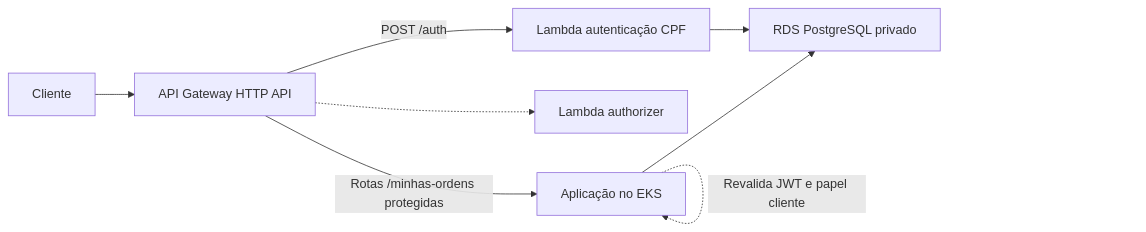
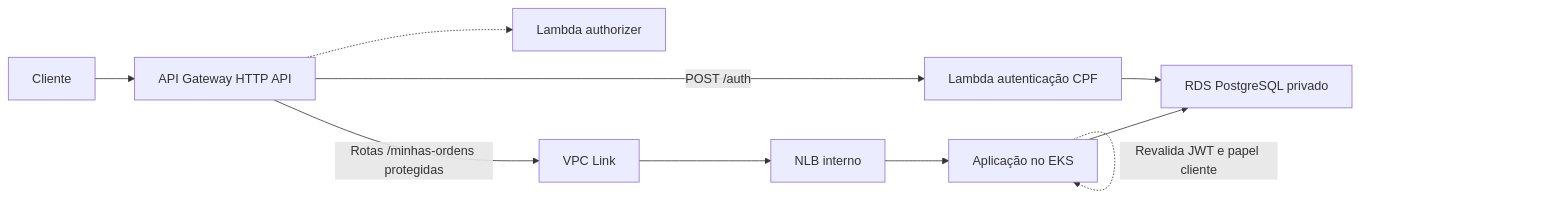
The diagram in docs/superpowers/specs/2026-09-06-aws-client-auth-integration-design.md (fiap-postech-sw-architecture/postech-sw-arch-p3), drawn with Mermaid before and after one commit. The commit also changed other lines of this file and 8 other files, not shown here.

````diff
--- a/docs/superpowers/specs/2026-09-06-aws-client-auth-integration-design.md
+++ b/docs/superpowers/specs/2026-09-06-aws-client-auth-integration-design.md
@@ -45,10 +51,12 @@
 ```mermaid
 flowchart LR
     C["Cliente"] --> G["API Gateway HTTP API"]
     G -->|"POST /auth"| L["Lambda autenticação CPF"]
     L --> R["RDS PostgreSQL privado"]
     G -.-> Z["Lambda authorizer"]
-    G -->|"Rotas /minhas-ordens protegidas"| A["Aplicação no EKS"]
+    G -->|"Rotas /minhas-ordens protegidas"| V["VPC Link"]
+    V --> N["NLB interno"]
+    N --> A["Aplicação no EKS"]
     A --> R
     A -.->|"Revalida JWT e papel cliente"| A
 ```
````
